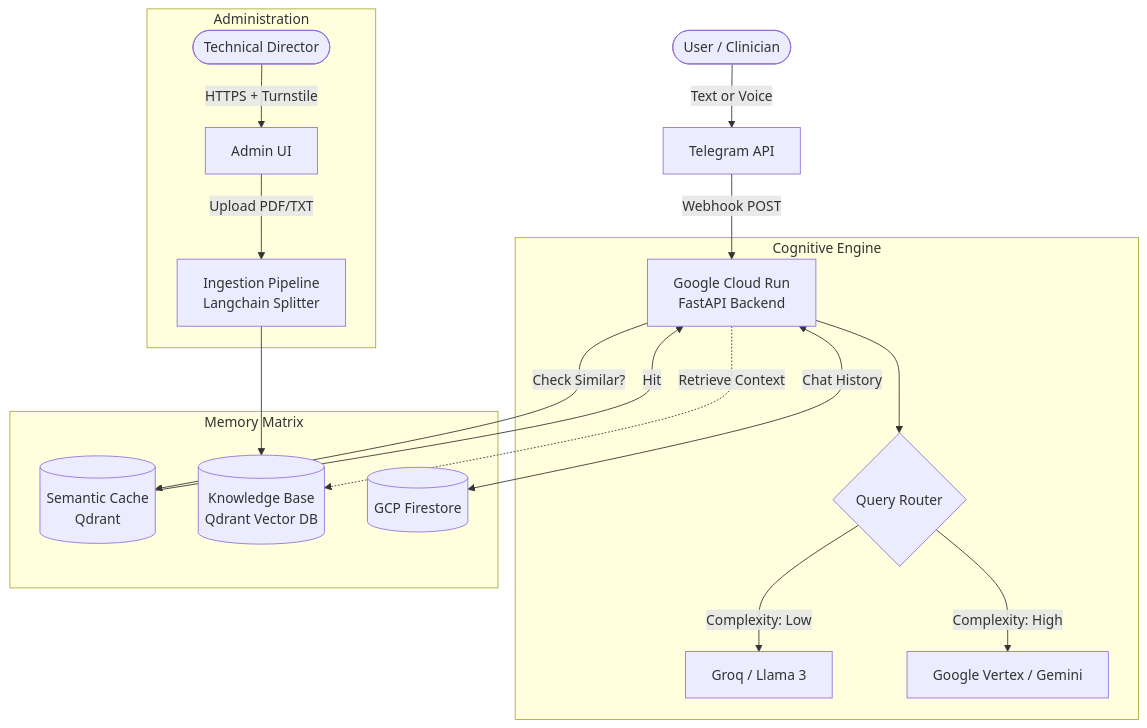
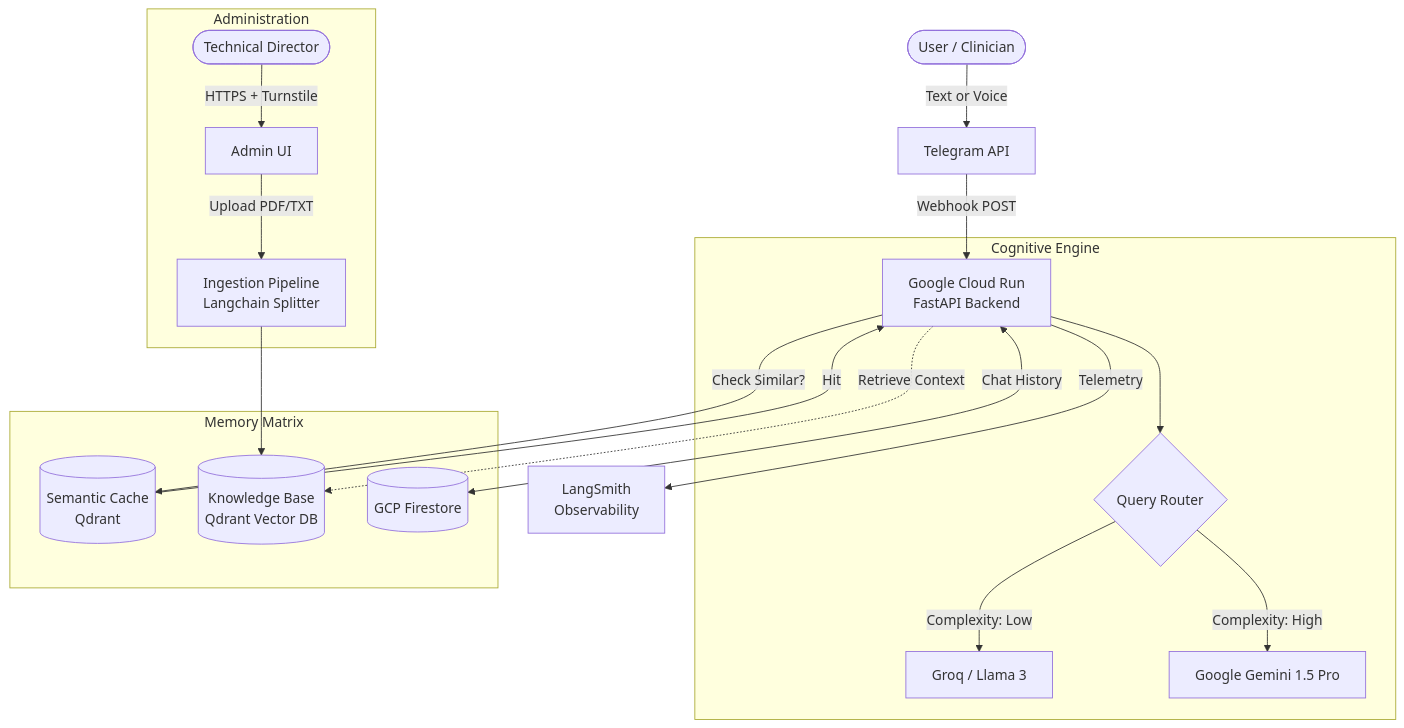
The diagram in README.md (ericfloriano/rag-agent-v2), drawn with Mermaid before and after one commit. The commit also changed other lines of this file, not shown here.

Commit message:
docs: finalize professional readme with guardrails and observability flow

````diff
--- a/README.md
+++ b/README.md
@@ -27,25 +29,26 @@
 ```mermaid
 graph TD
     User([User / Clinician]) -->|Text or Voice| Telegram[Telegram API]
     Telegram -->|Webhook POST| CR[Google Cloud Run<br>FastAPI Backend]
+    CR -->|Telemetry| LS[LangSmith<br>Observability]
     
     subgraph Cognitive Engine
         CR --> Router{Query Router}
         Router -->|Complexity: Low| Groq[Groq / Llama 3]
-        Router -->|Complexity: High| Gemini[Google Vertex / Gemini]
+        Router -->|Complexity: High| Gemini[Google Gemini 1.5 Pro]
     end
     
     subgraph Memory Matrix
         CR -->|Check Similar?| Cache[(Semantic Cache<br>Qdrant)]
         CR -.->|Retrieve Context| VectorDB[(Knowledge Base<br>Qdrant Vector DB)]
         CR <-->|Chat History| Firestore[(GCP Firestore)]
     end
     
     subgraph Administration
         Admin([Technical Director]) -->|HTTPS + Turnstile| WebPanel[Admin UI]
         WebPanel -->|Upload PDF/TXT| Ingestion[Ingestion Pipeline<br>Langchain Splitter]
         Ingestion --> VectorDB
     end
 
     Cache -- Hit --> CR
 ```
````
